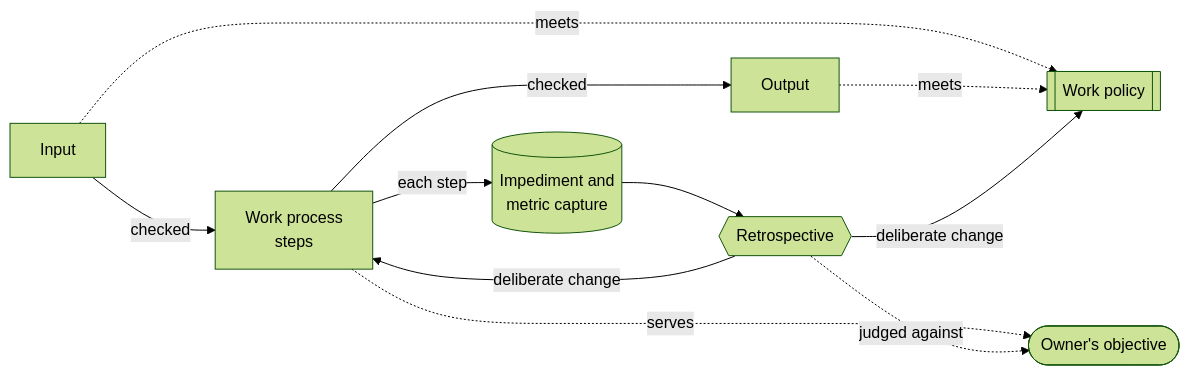
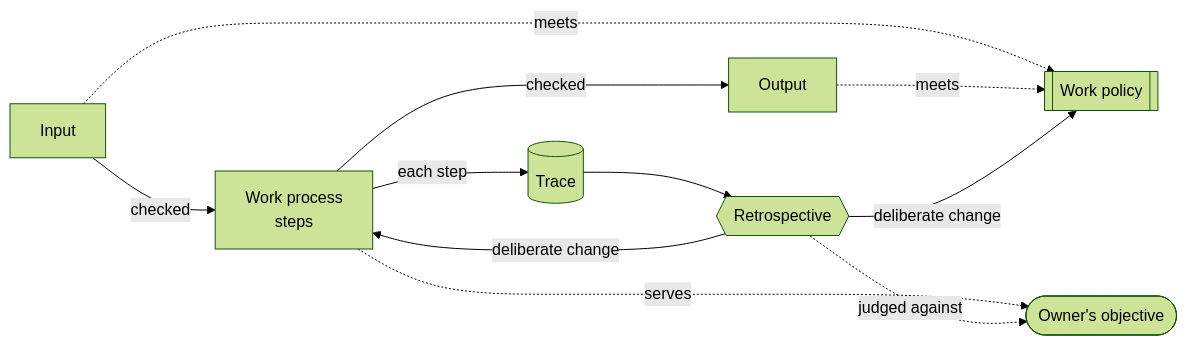
Before and after one commit to Delkrak/claude-coach: the diagram in plugins/devops-drillmaster/concept.md, drawn with Mermaid (forest theme). The commit also changed other lines of this file and 33 other files, not shown here.

````diff
--- a/plugins/devops-drillmaster/concept.md
+++ b/plugins/devops-drillmaster/concept.md
@@ -85,20 +86,20 @@
 ```mermaid
 flowchart LR
     obj(["Owner's objective"])
     pol[["Work policy"]]
     input["Input"]
     proc["Work process<br/>steps"]
     output["Output"]
-    cap[("Impediment and<br/>metric capture")]
+    cap[("Trace")]
     retro{{"Retrospective"}}
 
     input -->|checked| proc -->|checked| output
     input -. meets .-> pol
     output -. meets .-> pol
     proc -->|each step| cap
     cap --> retro
     retro -->|deliberate change| proc
     retro -->|deliberate change| pol
     proc -. serves .-> obj
     retro -. judged against .-> obj
 ```
````
